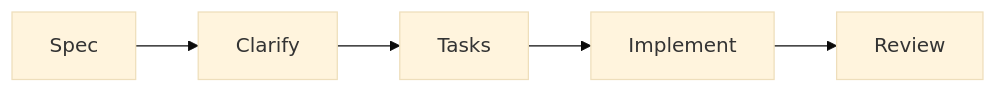
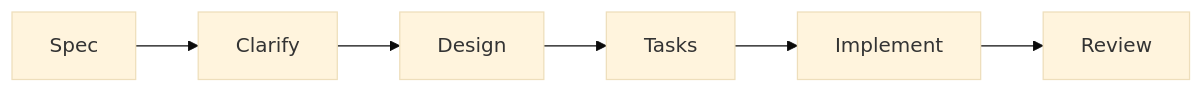
Before and after one commit to drriguz/star-framework: the second of 4 diagrams in doc/slides.md, drawn with Mermaid (base theme). The commit also changed other lines of this file and 30 other files, not shown here.

````diff
--- a/doc/slides.md
+++ b/doc/slides.md
@@ -59,7 +59,8 @@
 ```mermaid
 flowchart LR
   A[Spec] --> B[Clarify]
-  B --> C[Tasks]
-  C --> D[Implement]
-  D --> E[Review]
+  B --> C[Design]
+  C --> D[Tasks]
+  D --> E[Implement]
+  E --> F[Review]
 ```
````
